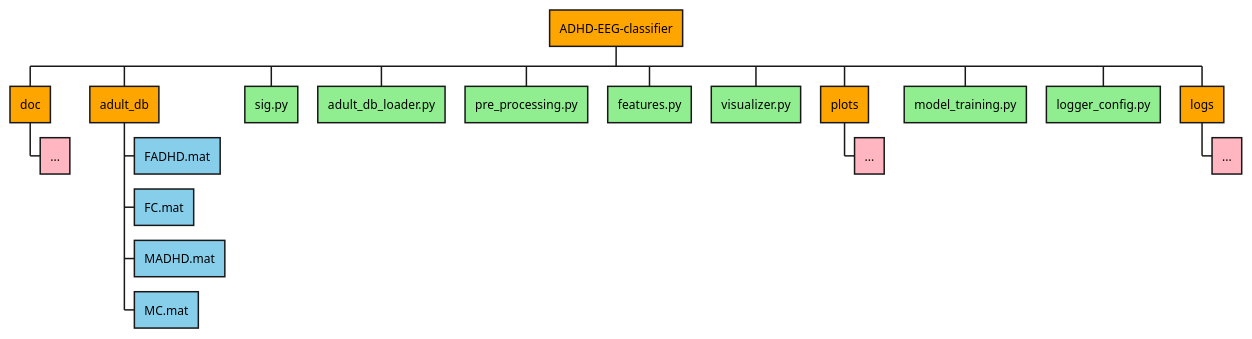
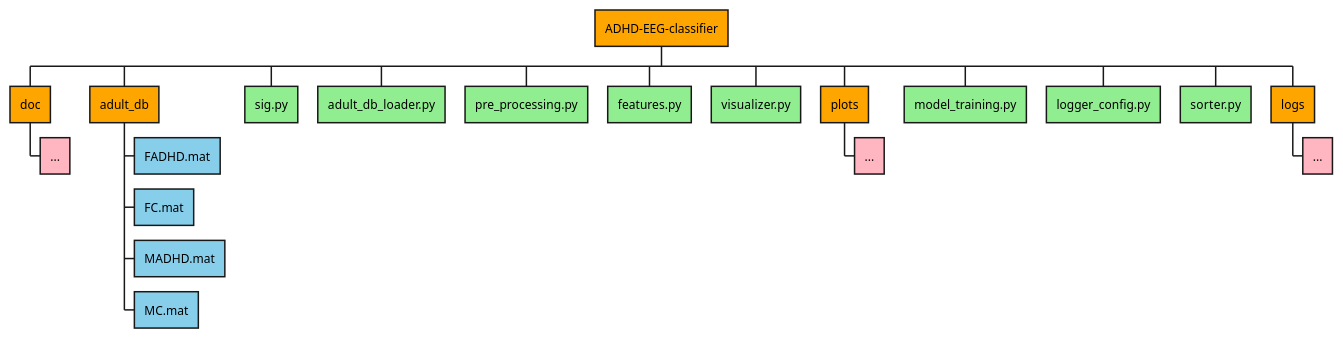
Before and after one commit to TomaszPazdziora/ADHD-EEG-classifier: the diagram in doc/files.plantuml, drawn with PlantUML. The commit also changed 3 other files, not shown here.

```diff
--- a/doc/files.plantuml
+++ b/doc/files.plantuml
@@ -1,21 +1,22 @@
 @startwbs files
 +[#Orange] ADHD-EEG-classifier
 ++[#Orange] doc
 +++[#LightPink] ...
 ++[#Orange] adult_db
 +++[#SkyBlue] FADHD.mat
 +++[#SkyBlue] FC.mat
 +++[#SkyBlue] MADHD.mat
 +++[#SkyBlue] MC.mat
 ++[#LightGreen] sig.py
 ++[#LightGreen] adult_db_loader.py
 ++[#LightGreen] pre_processing.py
 ++[#LightGreen] features.py
 ++[#LightGreen] visualizer.py
 ++[#Orange] plots
 +++[#LightPink] ...
 ++[#LightGreen] model_training.py
 ++[#LightGreen] logger_config.py
+++[#LightGreen] sorter.py
 ++[#Orange] logs
 +++[#LightPink] ...
 @endwbs
```
